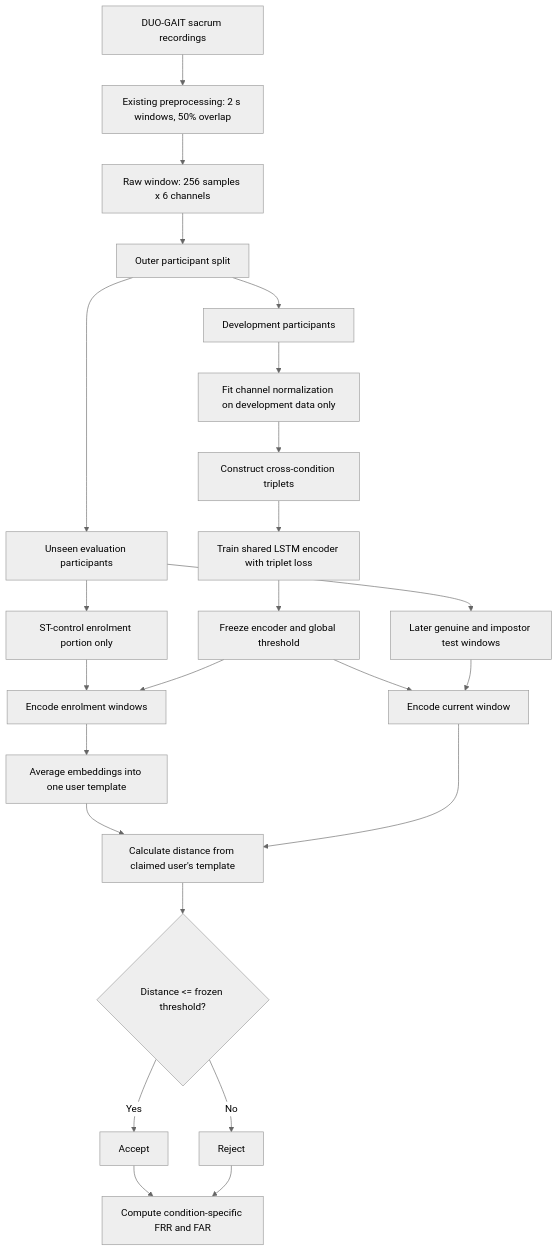
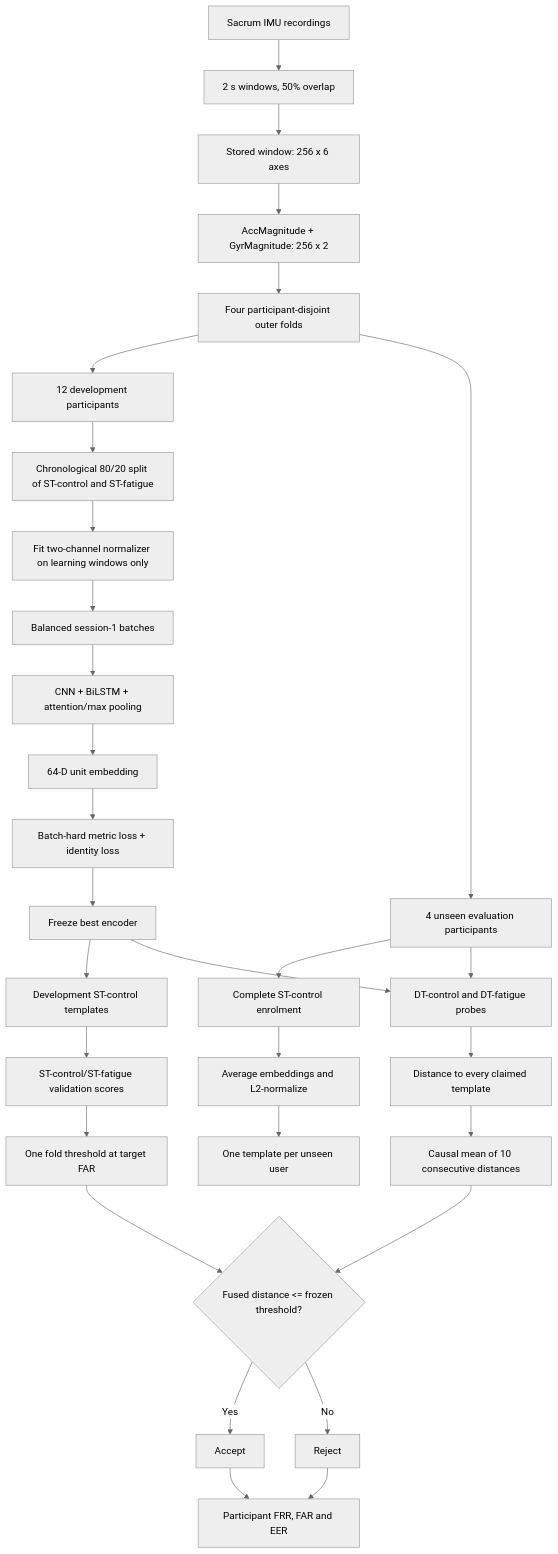
Before and after one commit to bamidele2161/gait-authentication: the diagram in docs/condition_invariant_architecture.md, drawn with Mermaid (neutral theme). The commit also changed other lines of this file and 1 other file, not shown here.

Commit message:
update architecture

````diff
--- a/docs/condition_invariant_architecture.md
+++ b/docs/condition_invariant_architecture.md
@@ -29,30 +37,32 @@
 ```mermaid
 flowchart TD
-    A["DUO-GAIT sacrum recordings"] --> B["Existing preprocessing: 2 s windows, 50% overlap"]
-    B --> C["Raw window: 256 samples x 6 channels"]
-    C --> D["Outer participant split"]
-
-    D --> E["Development participants"]
-    D --> F["Unseen evaluation participants"]
-
-    E --> G["Fit channel normalization on development data only"]
-    G --> H["Construct cross-condition triplets"]
-    H --> I["Train shared LSTM encoder with triplet loss"]
-    I --> J["Freeze encoder and global threshold"]
-
-    F --> K["ST-control enrolment portion only"]
-    K --> L["Encode enrolment windows"]
-    J --> L
-    L --> M["Average embeddings into one user template"]
-
-    F --> N["Later genuine and impostor test windows"]
-    J --> O["Encode current window"]
-    N --> O
-    M --> P["Calculate distance from claimed user's template"]
-    O --> P
-    P --> Q{"Distance <= frozen threshold?"}
-    Q -->|Yes| R["Accept"]
-    Q -->|No| S["Reject"]
-    R --> T["Compute condition-specific FRR and FAR"]
-    S --> T
+    A["Sacrum IMU recordings"] --> B["2 s windows, 50% overlap"]
+    B --> C["Stored window: 256 x 6 axes"]
+    C --> D["AccMagnitude + GyrMagnitude: 256 x 2"]
+    D --> E["Four participant-disjoint outer folds"]
+    E --> F["12 development participants"]
+    E --> G["4 unseen evaluation participants"]
+    F --> H["Chronological 80/20 split of ST-control and ST-fatigue"]
+    H --> I["Fit two-channel normalizer on learning windows only"]
+    I --> J["Balanced session-1 batches"]
+    J --> K["CNN + BiLSTM + attention/max pooling"]
+    K --> L["64-D unit embedding"]
+    L --> M["Batch-hard metric loss + identity loss"]
+    M --> N["Freeze best encoder"]
+    N --> O["Development ST-control templates"]
+    O --> P["ST-control/ST-fatigue validation scores"]
+    P --> Q["One fold threshold at target FAR"]
+    G --> R["Complete ST-control enrolment"]
+    R --> S["Average embeddings and L2-normalize"]
+    S --> T["One template per unseen user"]
+    G --> U["DT-control and DT-fatigue probes"]
+    N --> U
+    U --> V["Distance to every claimed template"]
+    V --> W["Causal mean of 10 consecutive distances"]
+    Q --> X{"Fused distance <= frozen threshold?"}
+    W --> X
+    X -->|Yes| Y["Accept"]
+    X -->|No| Z["Reject"]
+    Y --> AA["Participant FRR, FAR and EER"]
+    Z --> AA
 ```
````
